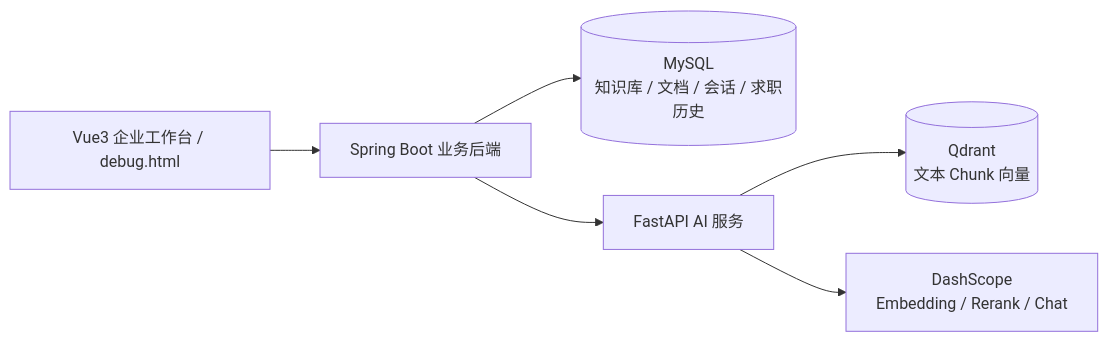
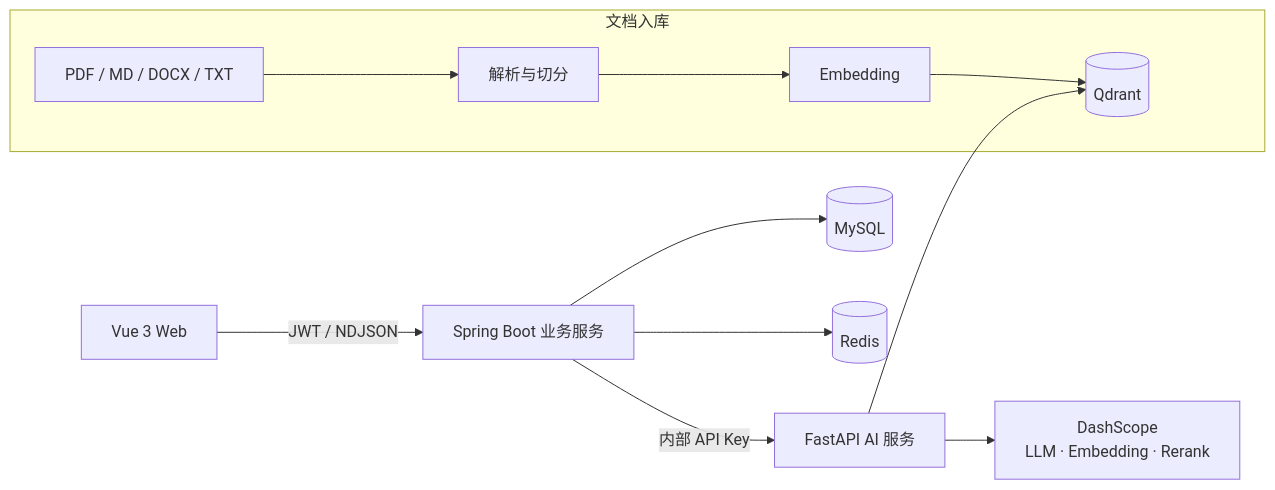
The diagram in README.md (Hidingbrass/rag-knowledge-base), drawn with Mermaid before and after one commit. The commit also changed other lines of this file and 201 other files, not shown here.

````diff
--- a/README.md
+++ b/README.md
@@ -38,8 +29,15 @@
 ```mermaid
 flowchart LR
-    Browser["Vue3 企业工作台 / debug.html"] --> Backend["Spring Boot 业务后端"]
-    Backend --> MySQL[("MySQL\n知识库 / 文档 / 会话 / 求职历史")]
-    Backend --> FastAPI["FastAPI AI 服务"]
-    FastAPI --> Qdrant[("Qdrant\n文本 Chunk 向量")]
-    FastAPI --> DashScope["DashScope\nEmbedding / Rerank / Chat"]
+    U["Vue 3 Web"] -->|JWT / NDJSON| B["Spring Boot 业务服务"]
+    B --> M[("MySQL")]
+    B --> R[("Redis")]
+    B -->|内部 API Key| A["FastAPI AI 服务"]
+    A --> Q[("Qdrant")]
+    A --> D["DashScope<br/>LLM · Embedding · Rerank"]
+
+    subgraph "文档入库"
+        P["PDF / MD / DOCX / TXT"] --> X["解析与切分"]
+        X --> E["Embedding"]
+        E --> Q
+    end
 ```
````
